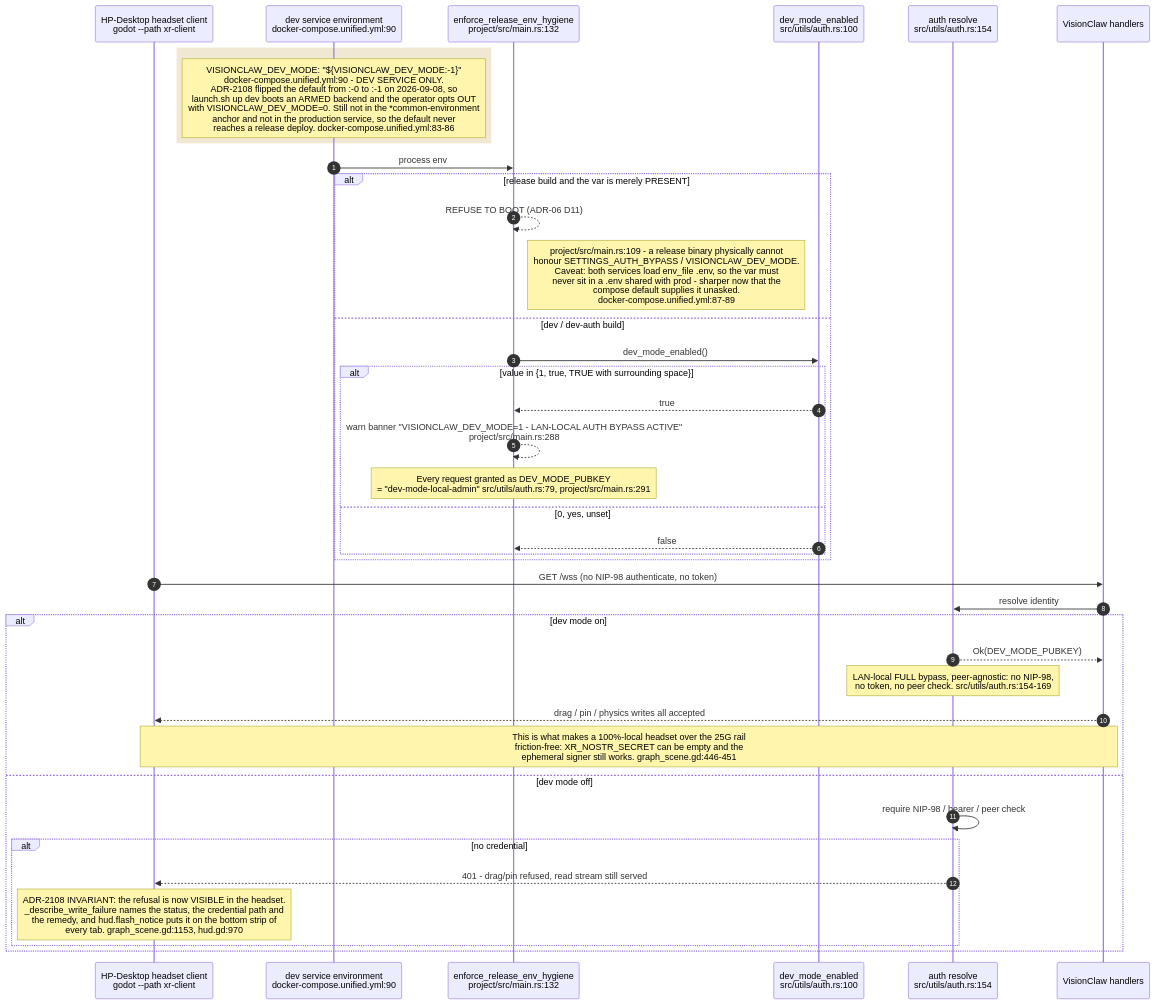
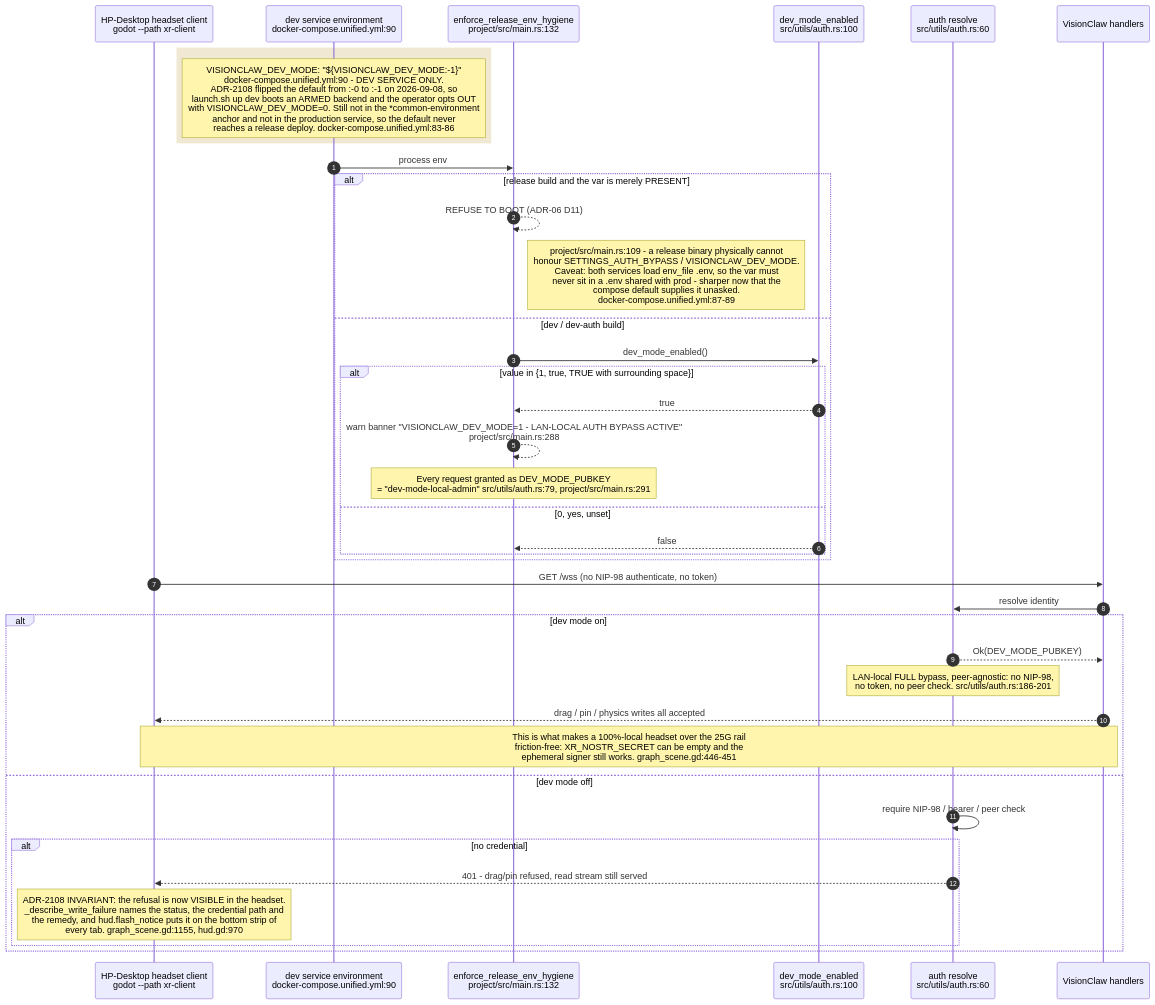
Before and after one commit to DreamLab-AI/VisionFlow: diagram 15 of 23 in docs/diagrams/visionclaw/36-godot-xr-client.md, drawn with Mermaid. The commit also changed other lines of this file and 111 other files, not shown here.

Commit message:
docs(diagrams): align estate maps with current source

````diff
--- a/docs/diagrams/visionclaw/36-godot-xr-client.md
+++ b/docs/diagrams/visionclaw/36-godot-xr-client.md
@@ -705,42 +705,42 @@
 ```mermaid
 sequenceDiagram
     autonumber
     participant HP as HP-Desktop headset client<br/>godot --path xr-client
     participant CO as dev service environment<br/>docker-compose.unified.yml:90
     participant MN as enforce_release_env_hygiene<br/>project/src/main.rs:132
     participant DM as dev_mode_enabled<br/>src/utils/auth.rs:100
-    participant AU as auth resolve<br/>src/utils/auth.rs:154
+    participant AU as auth resolve<br/>src/utils/auth.rs:60
     participant SV as VisionClaw handlers
 
     rect rgb(240, 232, 210)
         Note over CO: VISIONCLAW_DEV_MODE: "${VISIONCLAW_DEV_MODE:-1}"<br/>docker-compose.unified.yml:90 - DEV SERVICE ONLY.<br/>ADR-2108 flipped the default from :-0 to :-1 on 2026-09-08, so<br/>launch.sh up dev boots an ARMED backend and the operator opts OUT<br/>with VISIONCLAW_DEV_MODE=0. Still not in the *common-environment<br/>anchor and not in the production service, so the default never<br/>reaches a release deploy. docker-compose.unified.yml:83-86
     end
     CO->>MN: process env
     alt release build and the var is merely PRESENT
         MN-->>MN: REFUSE TO BOOT (ADR-06 D11)
         Note right of MN: project/src/main.rs:109 - a release binary physically cannot<br/>honour SETTINGS_AUTH_BYPASS / VISIONCLAW_DEV_MODE.<br/>Caveat: both services load env_file .env, so the var must<br/>never sit in a .env shared with prod - sharper now that the<br/>compose default supplies it unasked.<br/>docker-compose.unified.yml:87-89
     else dev / dev-auth build
         MN->>DM: dev_mode_enabled()
         alt value in {1, true, TRUE with surrounding space}
             DM-->>MN: true
             MN-->>MN: warn banner "VISIONCLAW_DEV_MODE=1 - LAN-LOCAL AUTH BYPASS ACTIVE"<br/>project/src/main.rs:288
             Note over MN: Every request granted as DEV_MODE_PUBKEY<br/>= "dev-mode-local-admin" src/utils/auth.rs:79, project/src/main.rs:291
         else 0, yes, unset
             DM-->>MN: false
         end
     end
     HP->>SV: GET /wss (no NIP-98 authenticate, no token)
     SV->>AU: resolve identity
     alt dev mode on
         AU-->>SV: Ok(DEV_MODE_PUBKEY)
-        Note over AU: LAN-local FULL bypass, peer-agnostic: no NIP-98,<br/>no token, no peer check. src/utils/auth.rs:154-169
+        Note over AU: LAN-local FULL bypass, peer-agnostic: no NIP-98,<br/>no token, no peer check. src/utils/auth.rs:186-201
         SV-->>HP: drag / pin / physics writes all accepted
         Note over HP,SV: This is what makes a 100%-local headset over the 25G rail<br/>friction-free: XR_NOSTR_SECRET can be empty and the<br/>ephemeral signer still works. graph_scene.gd:446-451
     else dev mode off
         AU->>AU: require NIP-98 / bearer / peer check
         alt no credential
             AU-->>HP: 401 - drag/pin refused, read stream still served
-            Note over HP: ADR-2108 INVARIANT: the refusal is now VISIBLE in the headset.<br/>_describe_write_failure names the status, the credential path and<br/>the remedy, and hud.flash_notice puts it on the bottom strip of<br/>every tab. graph_scene.gd:1153, hud.gd:970
+            Note over HP: ADR-2108 INVARIANT: the refusal is now VISIBLE in the headset.<br/>_describe_write_failure names the status, the credential path and<br/>the remedy, and hud.flash_notice puts it on the bottom strip of<br/>every tab. graph_scene.gd:1155, hud.gd:970
         end
     end
 ```
````
